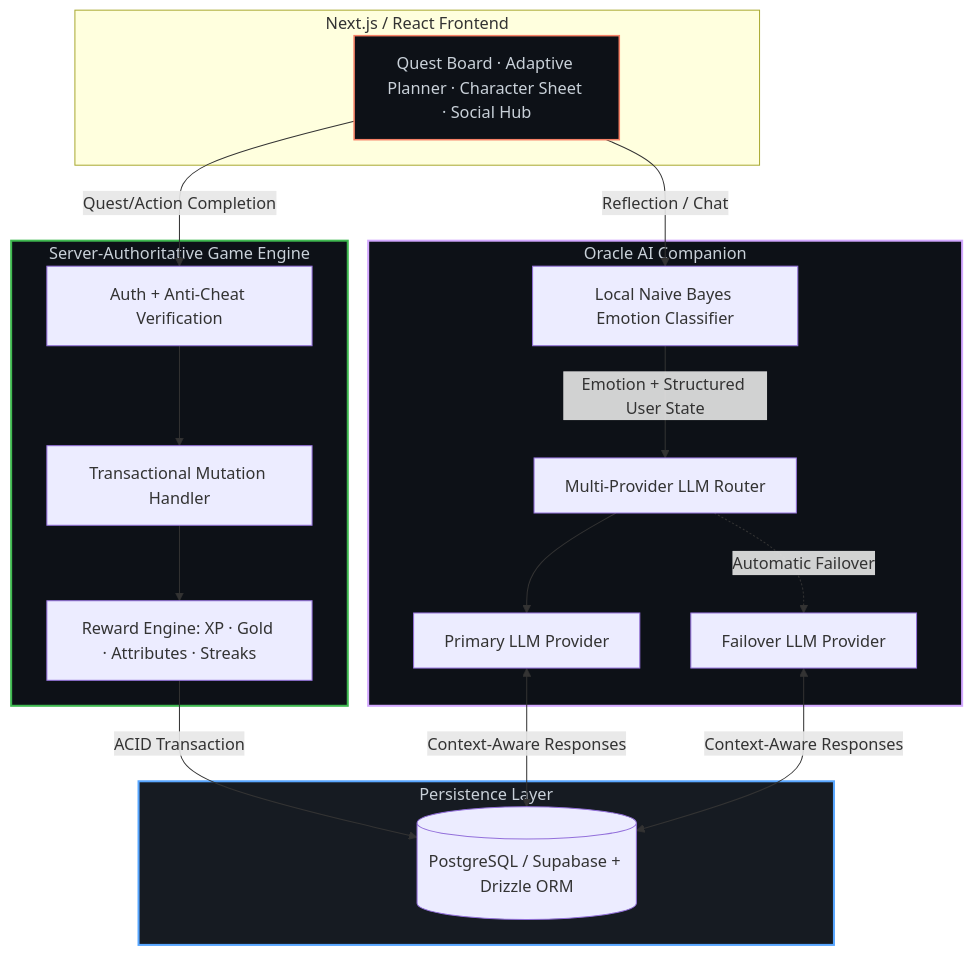
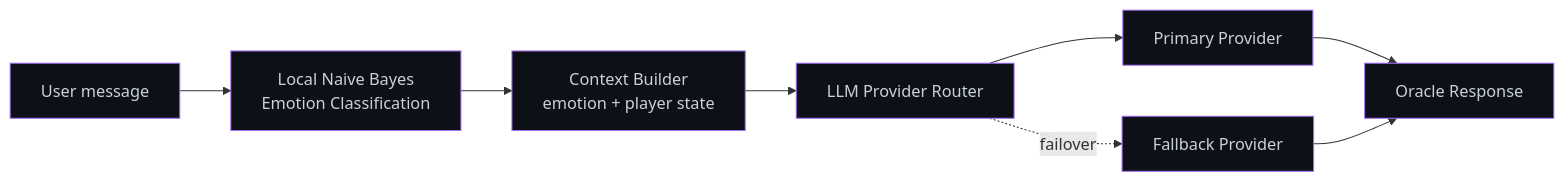
The sixth of 11 diagrams in README.md (kunalchwdry/kunalchwdry), drawn with Mermaid before and after one commit. The commit also changed other lines of this file, not shown here.

````diff
--- a/README.md
+++ b/README.md
@@ -292,39 +271,13 @@
 ```mermaid
-flowchart TB
-    subgraph Client["Next.js / React Frontend"]
-        UI["Quest Board · Adaptive Planner · Character Sheet · Social Hub"]
-    end
+flowchart LR
+    U["User message"] --> NB["Local Naive Bayes<br/>Emotion Classification"]
+    NB --> CTX["Context Builder<br/>emotion + player state"]
+    CTX --> RT["LLM Provider Router"]
+    RT --> P1["Primary Provider"]
+    RT -. failover .-> P2["Fallback Provider"]
+    P1 --> RES["Oracle Response"]
+    P2 --> RES
 
-    subgraph Engine["Server-Authoritative Game Engine"]
-        AC["Auth + Anti-Cheat Verification"]
-        TX["Transactional Mutation Handler"]
-        RW["Reward Engine: XP · Gold · Attributes · Streaks"]
-    end
-
-    subgraph Oracle["Oracle AI Companion"]
-        NB["Local Naive Bayes Emotion Classifier"]
-        RT["Multi-Provider LLM Router"]
-        P1["Primary LLM Provider"]
-        P2["Failover LLM Provider"]
-    end
-
-    subgraph Data["Persistence Layer"]
-        PG[("PostgreSQL / Supabase + Drizzle ORM")]
-    end
-
-    UI -->|"Quest/Action Completion"| AC
-    AC --> TX
-    TX --> RW
-    RW -->|"ACID Transaction"| PG
-
-    UI -->|"Reflection / Chat"| NB
-    NB -->|"Emotion + Structured User State"| RT
-    RT --> P1
-    RT -.->|"Automatic Failover"| P2
-    P1 & P2 <-->|Context-Aware Responses| PG
-
-    style Engine fill:#0D1117,stroke:#3FB950,stroke-width:2px,color:#C9D1D9
-    style Oracle fill:#0D1117,stroke:#D2A8FF,stroke-width:2px,color:#C9D1D9
-    style Data fill:#161B22,stroke:#58A6FF,stroke-width:2px,color:#C9D1D9
-    style UI fill:#0D1117,stroke:#F78166,stroke-width:1.5px,color:#C9D1D9
+    classDef n fill:#0d1117,stroke:#a371f7,color:#c9d1d9;
+    class U,NB,CTX,RT,P1,P2,RES n;
 ```
````
